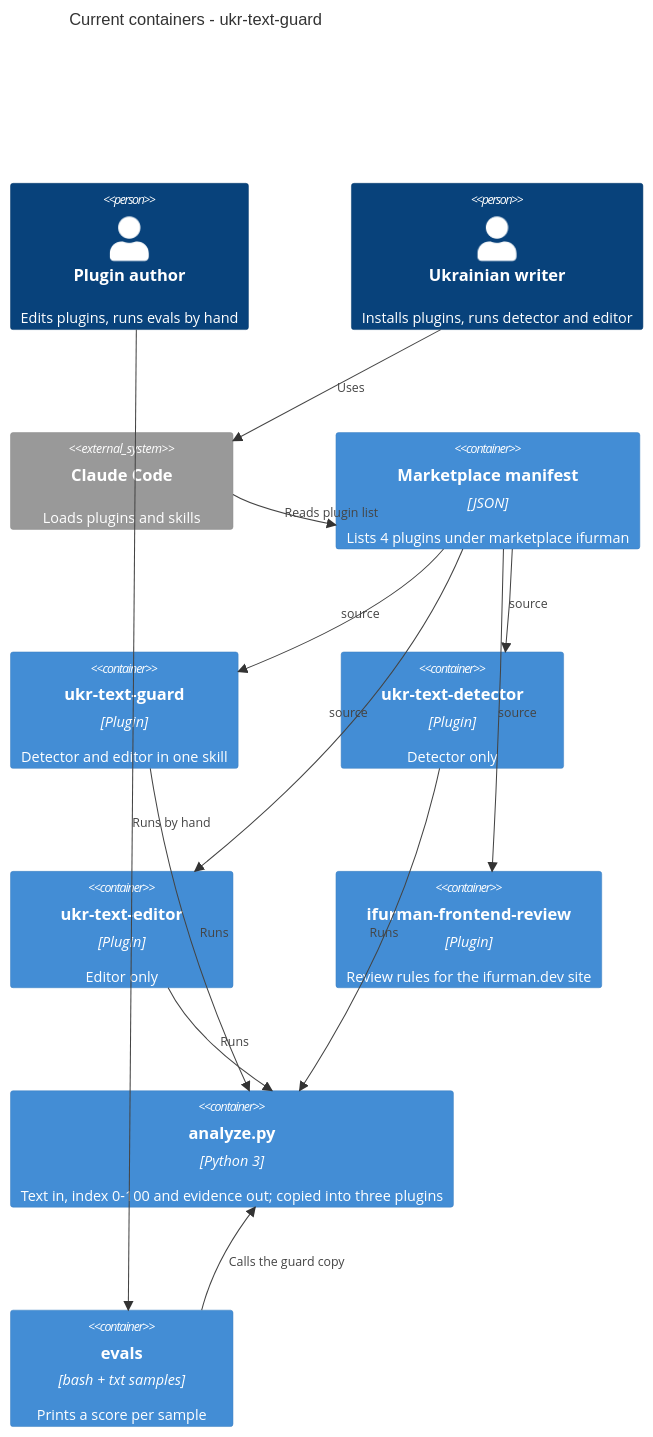
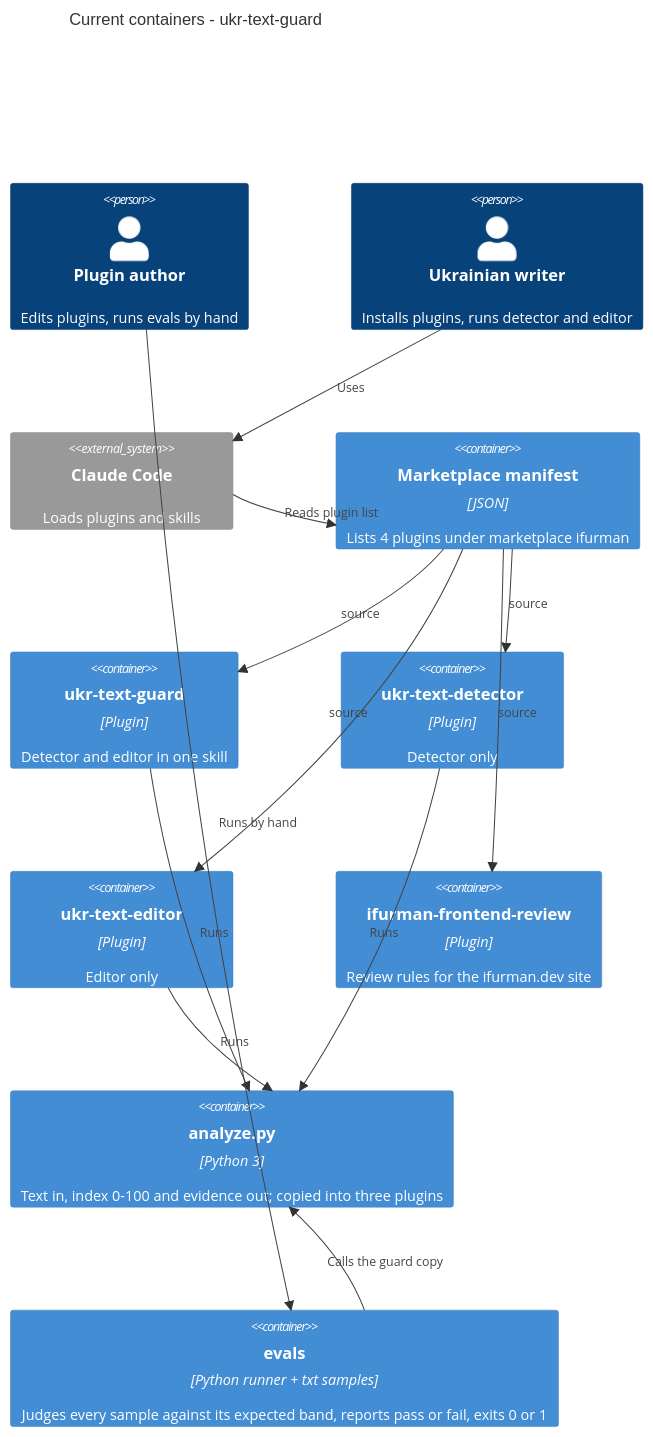
One commit to ifurmandev/ukr-text-guard changed the diagram in docs/architecture-map.md. Above: the diagram before and after it, drawn with Mermaid. The commit also changed other lines of this file and 1 other file, not shown here.

````diff
--- a/docs/architecture-map.md
+++ b/docs/architecture-map.md
@@ -30,25 +30,25 @@
 ```mermaid
 C4Container
     title Current containers - ukr-text-guard
     Person(author, "Plugin author", "Edits plugins, runs evals by hand")
     Person(writer, "Ukrainian writer", "Installs plugins, runs detector and editor")
     System_Ext(claude, "Claude Code", "Loads plugins and skills")
     Container(market, "Marketplace manifest", "JSON", "Lists 4 plugins under marketplace ifurman")
     Container(guard, "ukr-text-guard", "Plugin", "Detector and editor in one skill")
     Container(detector, "ukr-text-detector", "Plugin", "Detector only")
     Container(editor, "ukr-text-editor", "Plugin", "Editor only")
     Container(review, "ifurman-frontend-review", "Plugin", "Review rules for the ifurman.dev site")
     Container(analyze, "analyze.py", "Python 3", "Text in, index 0-100 and evidence out; copied into three plugins")
-    Container(evals, "evals", "bash + txt samples", "Prints a score per sample")
+    Container(evals, "evals", "Python runner + txt samples", "Judges every sample against its expected band, reports pass or fail, exits 0 or 1")
     Rel(writer, claude, "Uses")
     Rel(claude, market, "Reads plugin list")
     Rel(market, guard, "source")
     Rel(market, detector, "source")
     Rel(market, editor, "source")
     Rel(market, review, "source")
     Rel(guard, analyze, "Runs")
     Rel(detector, analyze, "Runs")
     Rel(editor, analyze, "Runs")
     Rel(author, evals, "Runs by hand")
     Rel(evals, analyze, "Calls the guard copy")
 ```
````
